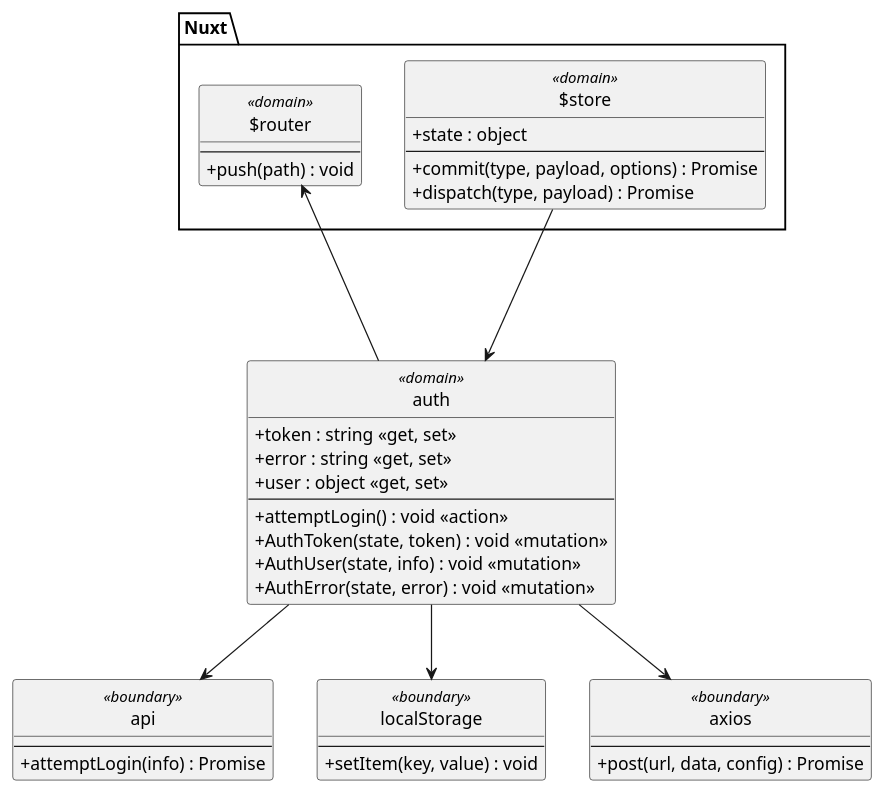
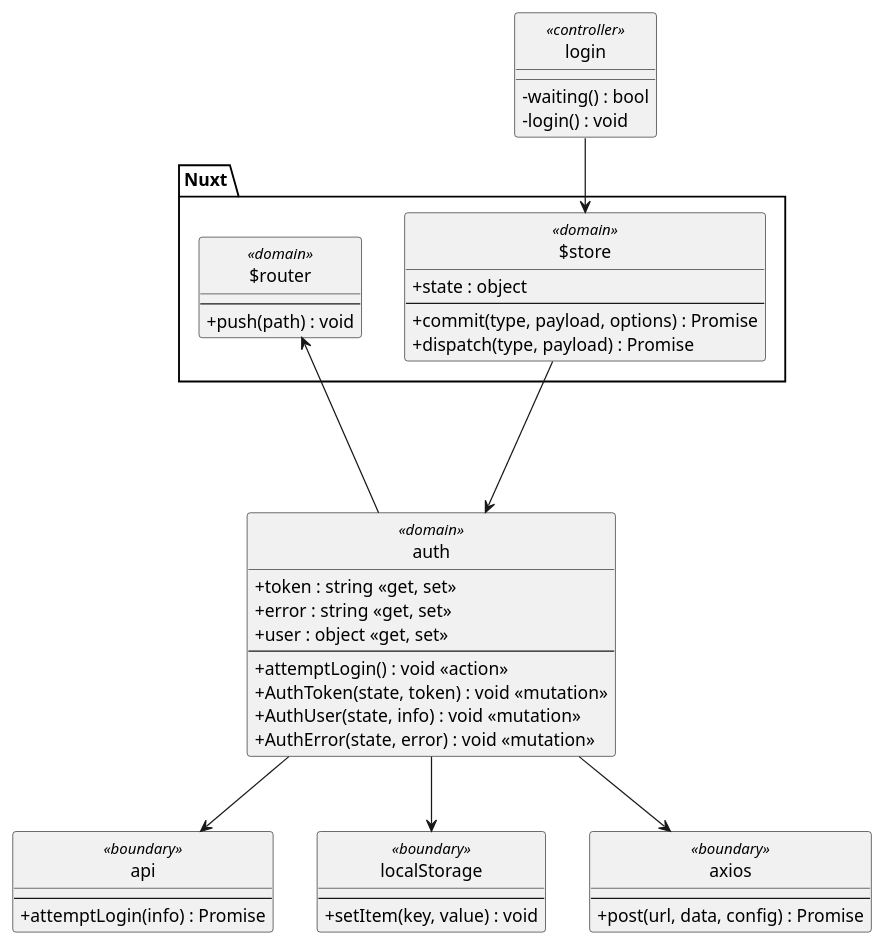
One commit to Phoenix1355/I4PRJ4-Web changed the diagram in docs/class-diagram-uc7.plantuml. Above: the diagram before and after it, drawn with PlantUML. The commit also changed 2 other files, not shown here.

Commit message:
Small class diagram changes

```diff
--- a/docs/class-diagram-uc7.plantuml
+++ b/docs/class-diagram-uc7.plantuml
@@ -1,54 +1,60 @@
 @startuml UC7-Login
 
 skinparam shadowing false
 skinparam classAttributeIconSize 0
 skinparam monochrome true
 skinparam backgroundColor transparent
 skinparam style strictuml
 
 package Nuxt {
     class $router <<domain>> {
         --
         + push(path) : void
     }
 
     class $store <<domain>> {
         + state : object
         --
         + commit(type, payload, options) : Promise
         + dispatch(type, payload) : Promise
     }
 }
+
+class login <<controller>> {
+    - waiting() : bool
+    - login() : void
+}
+login-->$store
 
 class auth <<domain>> {
     + token : string <<get, set>>
     + error : string <<get, set>>
     + user : object <<get, set>>
     --
     + attemptLogin() : void <<action>>
     + AuthToken(state, token) : void <<mutation>>
     + AuthUser(state, info) : void <<mutation>>
     + AuthError(state, error) : void <<mutation>>
 }
 $store ---> auth
 auth --> $router
 
 class api <<boundary>> {
     --
     + attemptLogin(info) : Promise
 }
 auth --> api
 
 class localStorage <<boundary>> {
     --
     + setItem(key, value) : void
 }
 auth --> localStorage
 
 class axios <<boundary>> {
     --
     + post(url, data, config) : Promise
 }
 auth --> axios
 
 @enduml
```
